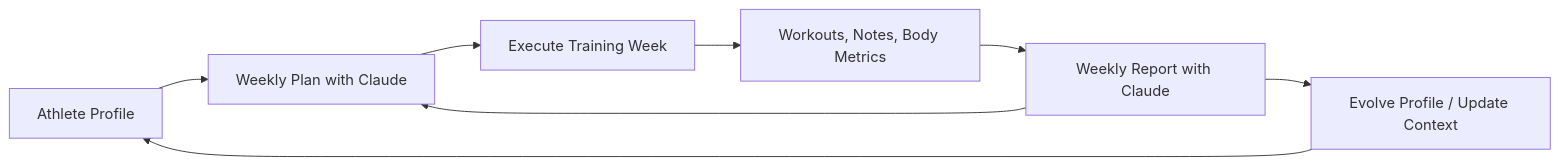
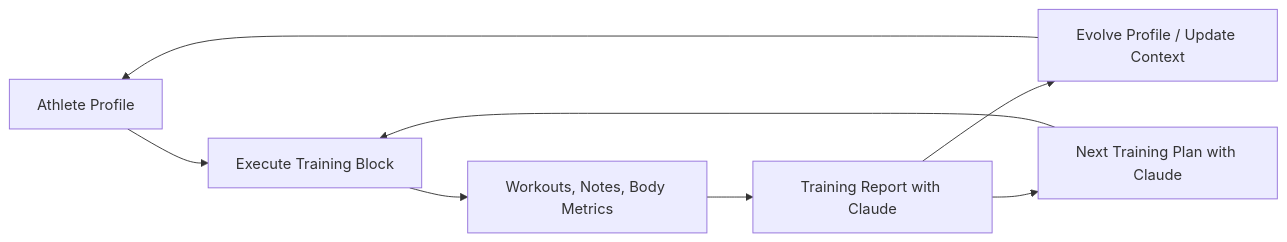
One commit to ananchev/cycling-coach changed the diagram in README.md. Above: the diagram before and after it, drawn with Mermaid. The commit also changed other lines of this file and 21 other files, not shown here.

````diff
--- a/README.md
+++ b/README.md
@@ -26,10 +25,10 @@
 ```mermaid
 flowchart LR
-    P[Athlete Profile] --> W[Weekly Plan with Claude]
-    W --> E[Execute Training Week]
+    P[Athlete Profile] --> E[Execute Training Block]
     E --> N[Workouts, Notes, Body Metrics]
-    N --> R[Weekly Report with Claude]
+    N --> R[Training Report with Claude]
     R --> U[Evolve Profile / Update Context]
     U --> P
-    R --> W
+    R --> W[Next Training Plan with Claude]
+    W --> E
 ```
````
